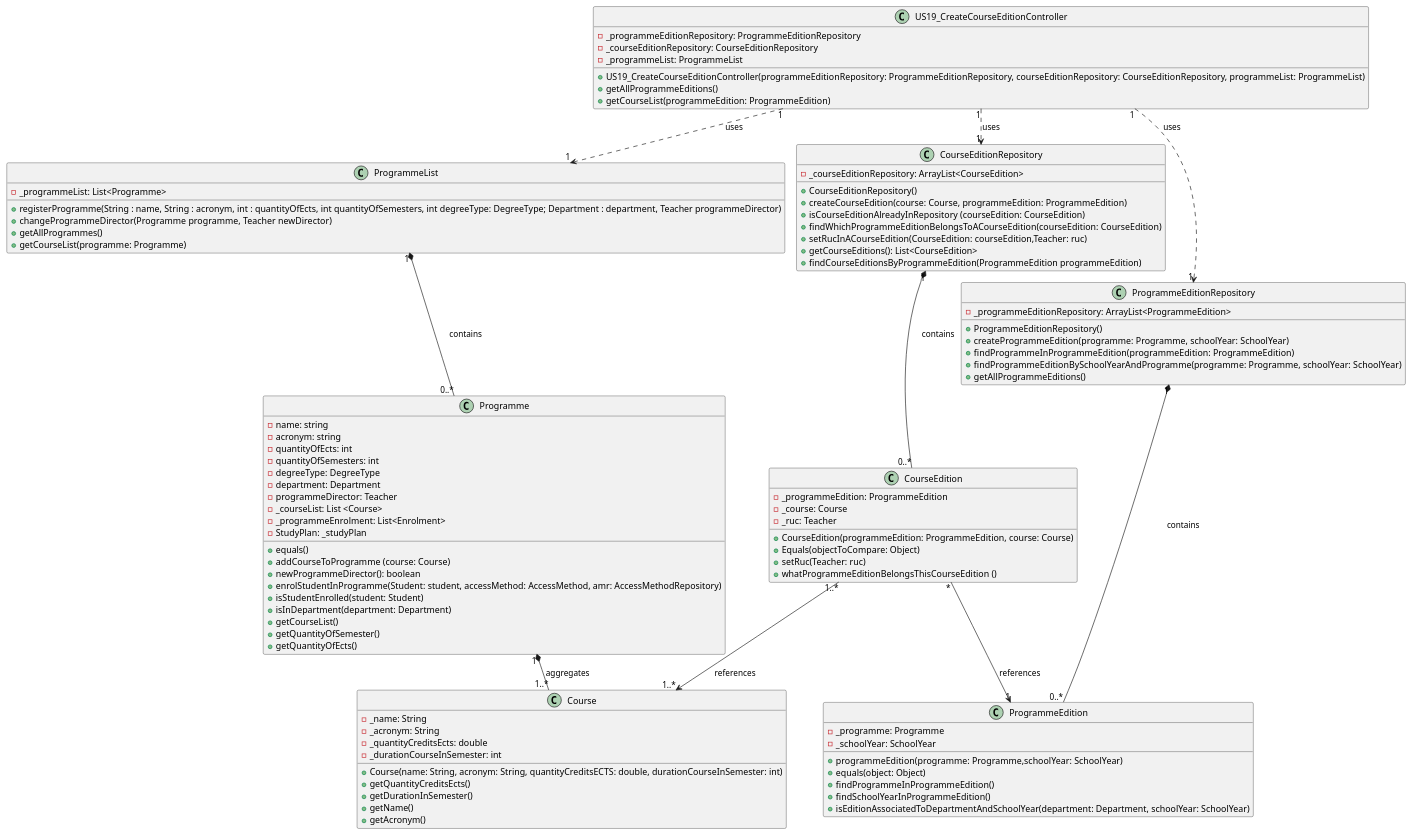
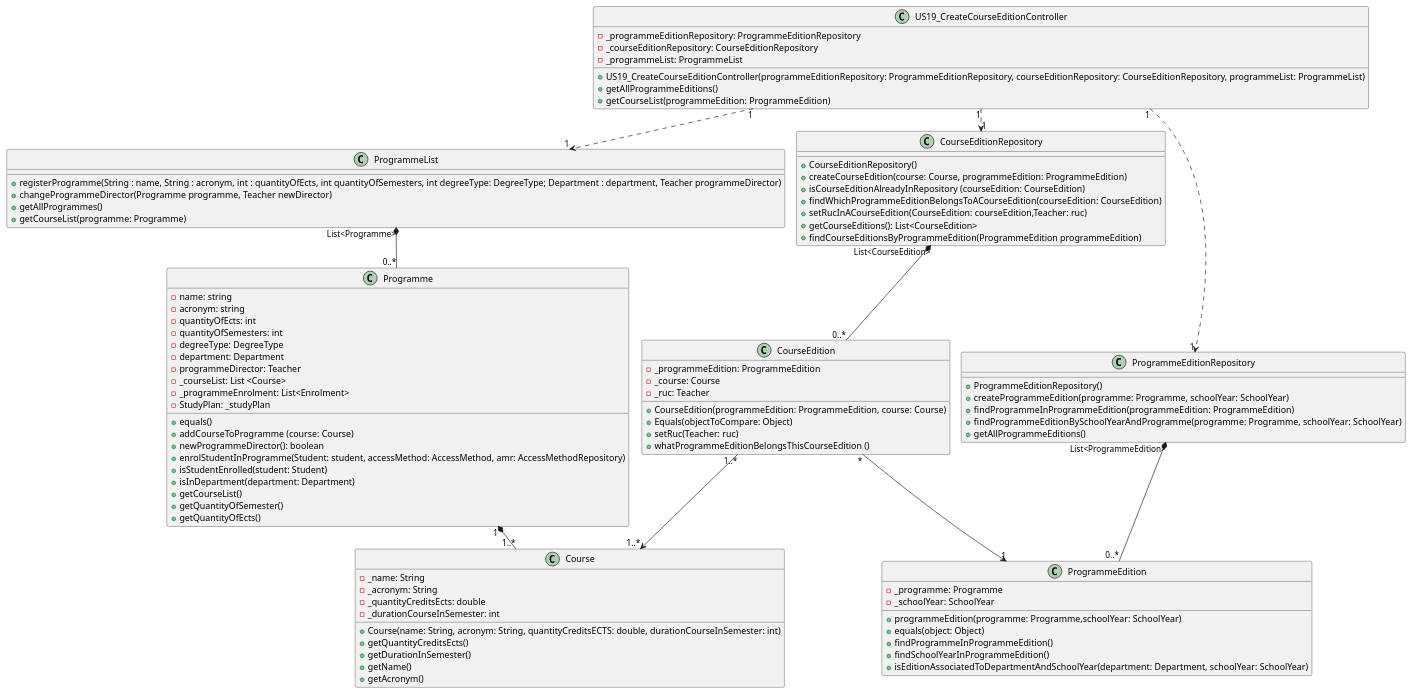
Before and after one commit to GasparISEP/DevOps-PAI: the diagram in docs/US19/US19_CreateCourseEdition_ClassDiagram.puml, drawn with PlantUML.

Commit message:
doc(us19_classDiagram)remove lists as atributes

```diff
--- a/docs/US19/US19_CreateCourseEdition_ClassDiagram.puml
+++ b/docs/US19/US19_CreateCourseEdition_ClassDiagram.puml
@@ -1,110 +1,107 @@
 @startuml
 !pragma layout smetana
 'left to right direction'
 
 class US19_CreateCourseEditionController {
     -_programmeEditionRepository: ProgrammeEditionRepository
     -_courseEditionRepository: CourseEditionRepository
     -_programmeList: ProgrammeList
     +US19_CreateCourseEditionController(programmeEditionRepository: ProgrammeEditionRepository, courseEditionRepository: CourseEditionRepository, programmeList: ProgrammeList)
     +getAllProgrammeEditions()
     +getCourseList(programmeEdition: ProgrammeEdition)
 }
 
 class ProgrammeList {
-     -_programmeList: List<Programme>
      +registerProgramme(String : name, String : acronym, int : quantityOfEcts, int quantityOfSemesters, int degreeType: DegreeType; Department : department, Teacher programmeDirector)
      +changeProgrammeDirector(Programme programme, Teacher newDirector)
      +getAllProgrammes()
      +getCourseList(programme: Programme)
 }
 
 class Programme {
      - name: string
      - acronym: string
      - quantityOfEcts: int
      - quantityOfSemesters: int
      - degreeType: DegreeType
      - department: Department
      - programmeDirector: Teacher
      -_courseList: List <Course>
      -_programmeEnrolment: List<Enrolment>
      -StudyPlan: _studyPlan
 
      + equals()
      + addCourseToProgramme (course: Course)
      + newProgrammeDirector(): boolean
      +enrolStudentInProgramme(Student: student, accessMethod: AccessMethod, amr: AccessMethodRepository)
      +isStudentEnrolled(student: Student)
      +isInDepartment(department: Department)
      +getCourseList()
      +getQuantityOfSemester()
      +getQuantityOfEcts()
 }
 
 class ProgrammeEdition {
     -_programme: Programme
     -_schoolYear: SchoolYear
     +programmeEdition(programme: Programme,schoolYear: SchoolYear)
     +equals(object: Object)
     +findProgrammeInProgrammeEdition()
     +findSchoolYearInProgrammeEdition()
     +isEditionAssociatedToDepartmentAndSchoolYear(department: Department, schoolYear: SchoolYear)
 }
 
 class Course {
     -_name: String
     -_acronym: String
     -_quantityCreditsEcts: double
     -_durationCourseInSemester: int
     +Course(name: String, acronym: String, quantityCreditsECTS: double, durationCourseInSemester: int)
     +getQuantityCreditsEcts()
     +getDurationInSemester()
     +getName()
     +getAcronym()
 }
 
 class CourseEdition {
     -_programmeEdition: ProgrammeEdition
     -_course: Course
     -_ruc: Teacher
     +CourseEdition(programmeEdition: ProgrammeEdition, course: Course)
     +Equals(objectToCompare: Object)
     +setRuc(Teacher: ruc)
     +whatProgrammeEditionBelongsThisCourseEdition ()
 }
 
 class CourseEditionRepository {
-    -_courseEditionRepository: ArrayList<CourseEdition>
     +CourseEditionRepository()
     +createCourseEdition(course: Course, programmeEdition: ProgrammeEdition)
     +isCourseEditionAlreadyInRepository (courseEdition: CourseEdition)
     +findWhichProgrammeEditionBelongsToACourseEdition(courseEdition: CourseEdition)
     +setRucInACourseEdition(CourseEdition: courseEdition,Teacher: ruc)
     +getCourseEditions(): List<CourseEdition>
     +findCourseEditionsByProgrammeEdition(ProgrammeEdition programmeEdition)
 }
 
 class ProgrammeEditionRepository {
-    -_programmeEditionRepository: ArrayList<ProgrammeEdition>
     +ProgrammeEditionRepository()
     +createProgrammeEdition(programme: Programme, schoolYear: SchoolYear)
     +findProgrammeInProgrammeEdition(programmeEdition: ProgrammeEdition)
     +findProgrammeEditionBySchoolYearAndProgramme(programme: Programme, schoolYear: SchoolYear)
     +getAllProgrammeEditions()
 }
 
-US19_CreateCourseEditionController "1" ..> "1" ProgrammeEditionRepository: uses
-US19_CreateCourseEditionController "1" ..> "1" CourseEditionRepository: uses
-US19_CreateCourseEditionController "1" ..> "1" ProgrammeList: uses
-CourseEditionRepository "1" *-- "0..*" CourseEdition: contains
-ProgrammeEditionRepository "1" *-- "0..*" ProgrammeEdition: contains
-ProgrammeList "1" *-- "0..*" Programme: contains
-Programme "1" *-- "1..*" Course : aggregates
-CourseEdition "*" --> "1" ProgrammeEdition: references
-CourseEdition "1..*" --> "1..*" Course : references
+US19_CreateCourseEditionController "1" ..> "1" ProgrammeEditionRepository
+US19_CreateCourseEditionController "1" ..> "1" CourseEditionRepository
+US19_CreateCourseEditionController "1" ..> "1" ProgrammeList
+CourseEditionRepository "List<CourseEdition>" *-- "0..*" CourseEdition
+ProgrammeEditionRepository "List<ProgrammeEdition>" *-- "0..*" ProgrammeEdition
+ProgrammeList "List<Programme>" *-- "0..*" Programme
+Programme "1" *-- "1..*" Course
+CourseEdition "*" --> "1" ProgrammeEdition
+CourseEdition "1..*" --> "1..*" Course
 
 
 
 
 @enduml
```
